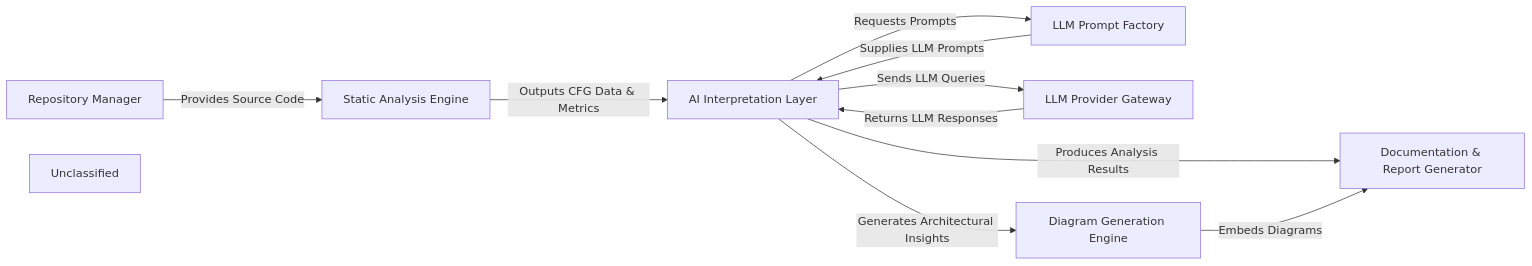
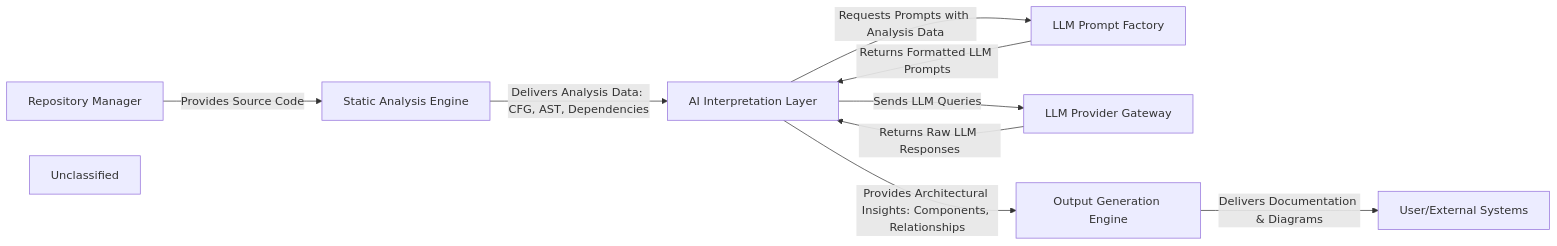
The diagram in .codeboarding/overview.md (CodeBoarding/CodeBoarding), drawn with Mermaid before and after one commit. The commit also changed other lines of this file and 19 other files, not shown here.

First line of the commit message:
docs: update codeboarding documentation and generate architecture

````diff
--- a/.codeboarding/overview.md
+++ b/.codeboarding/overview.md
@@ -1,27 +1,25 @@
 ```mermaid
 graph LR
     Repository_Manager["Repository Manager"]
     Static_Analysis_Engine["Static Analysis Engine"]
     LLM_Prompt_Factory["LLM Prompt Factory"]
+    LLM_Provider_Gateway["LLM Provider Gateway"]
     AI_Interpretation_Layer["AI Interpretation Layer"]
-    LLM_Provider_Gateway["LLM Provider Gateway"]
-    Diagram_Generation_Engine["Diagram Generation Engine"]
-    Documentation_Report_Generator["Documentation & Report Generator"]
+    Output_Generation_Engine["Output Generation Engine"]
+    User_External_Systems["User/External Systems"]
     Unclassified["Unclassified"]
     Repository_Manager -- "Provides Source Code" --> Static_Analysis_Engine
-    Static_Analysis_Engine -- "Outputs CFG Data & Metrics" --> AI_Interpretation_Layer
-    AI_Interpretation_Layer -- "Requests Prompts" --> LLM_Prompt_Factory
-    LLM_Prompt_Factory -- "Supplies LLM Prompts" --> AI_Interpretation_Layer
+    Static_Analysis_Engine -- "Delivers Analysis Data: CFG, AST, Dependencies" --> AI_Interpretation_Layer
+    AI_Interpretation_Layer -- "Requests Prompts with Analysis Data" --> LLM_Prompt_Factory
+    LLM_Prompt_Factory -- "Returns Formatted LLM Prompts" --> AI_Interpretation_Layer
     AI_Interpretation_Layer -- "Sends LLM Queries" --> LLM_Provider_Gateway
-    LLM_Provider_Gateway -- "Returns LLM Responses" --> AI_Interpretation_Layer
-    AI_Interpretation_Layer -- "Generates Architectural Insights" --> Diagram_Generation_Engine
-    AI_Interpretation_Layer -- "Produces Analysis Results" --> Documentation_Report_Generator
-    Diagram_Generation_Engine -- "Embeds Diagrams" --> Documentation_Report_Generator
+    LLM_Provider_Gateway -- "Returns Raw LLM Responses" --> AI_Interpretation_Layer
+    AI_Interpretation_Layer -- "Provides Architectural Insights: Components, Relationships" --> Output_Generation_Engine
+    Output_Generation_Engine -- "Delivers Documentation & Diagrams" --> User_External_Systems
     click Repository_Manager href "https://github.com/CodeBoarding/CodeBoarding/blob/main/.codeboarding/Repository_Manager.md" "Details"
     click Static_Analysis_Engine href "https://github.com/CodeBoarding/CodeBoarding/blob/main/.codeboarding/Static_Analysis_Engine.md" "Details"
     click LLM_Prompt_Factory href "https://github.com/CodeBoarding/CodeBoarding/blob/main/.codeboarding/LLM_Prompt_Factory.md" "Details"
+    click LLM_Provider_Gateway href "https://github.com/CodeBoarding/CodeBoarding/blob/main/.codeboarding/LLM_Provider_Gateway.md" "Details"
     click AI_Interpretation_Layer href "https://github.com/CodeBoarding/CodeBoarding/blob/main/.codeboarding/AI_Interpretation_Layer.md" "Details"
-    click LLM_Provider_Gateway href "https://github.com/CodeBoarding/CodeBoarding/blob/main/.codeboarding/LLM_Provider_Gateway.md" "Details"
-    click Diagram_Generation_Engine href "https://github.com/CodeBoarding/CodeBoarding/blob/main/.codeboarding/Diagram_Generation_Engine.md" "Details"
-    click Documentation_Report_Generator href "https://github.com/CodeBoarding/CodeBoarding/blob/main/.codeboarding/Documentation_Report_Generator.md" "Details"
+    click Output_Generation_Engine href "https://github.com/CodeBoarding/CodeBoarding/blob/main/.codeboarding/Output_Generation_Engine.md" "Details"
 ```
````
